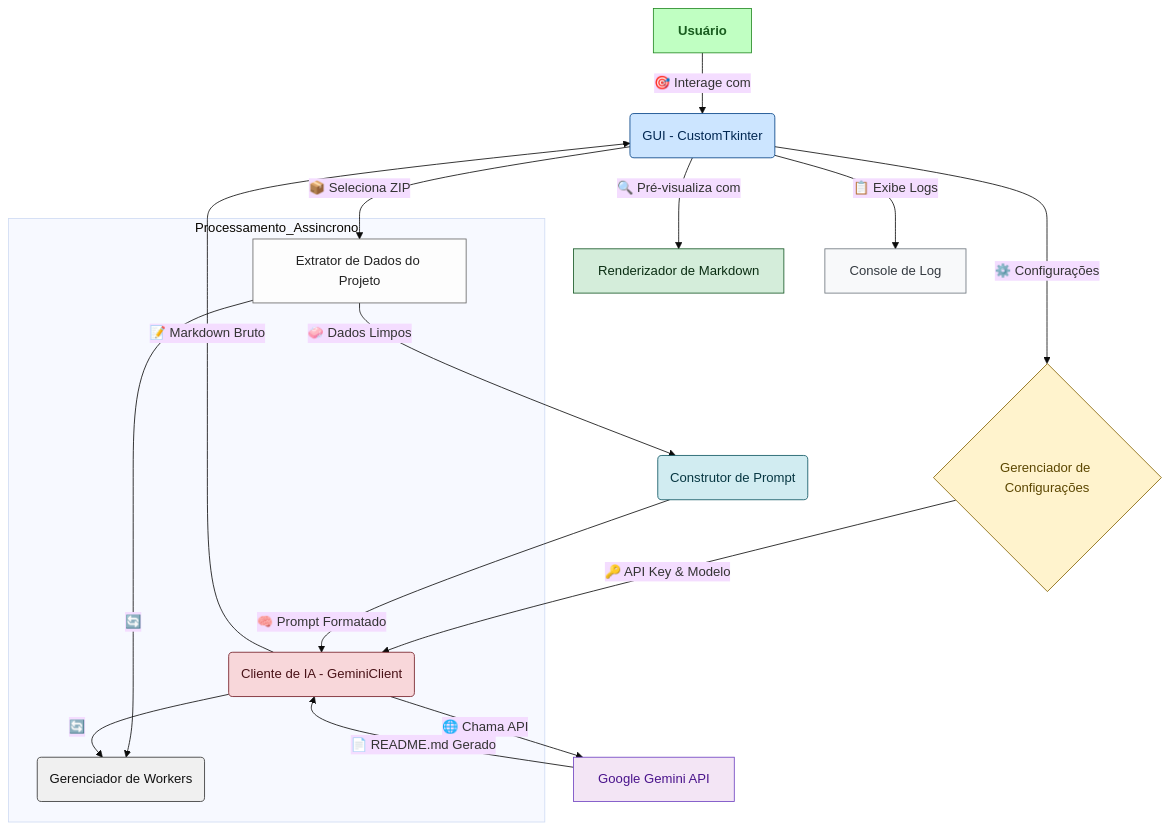
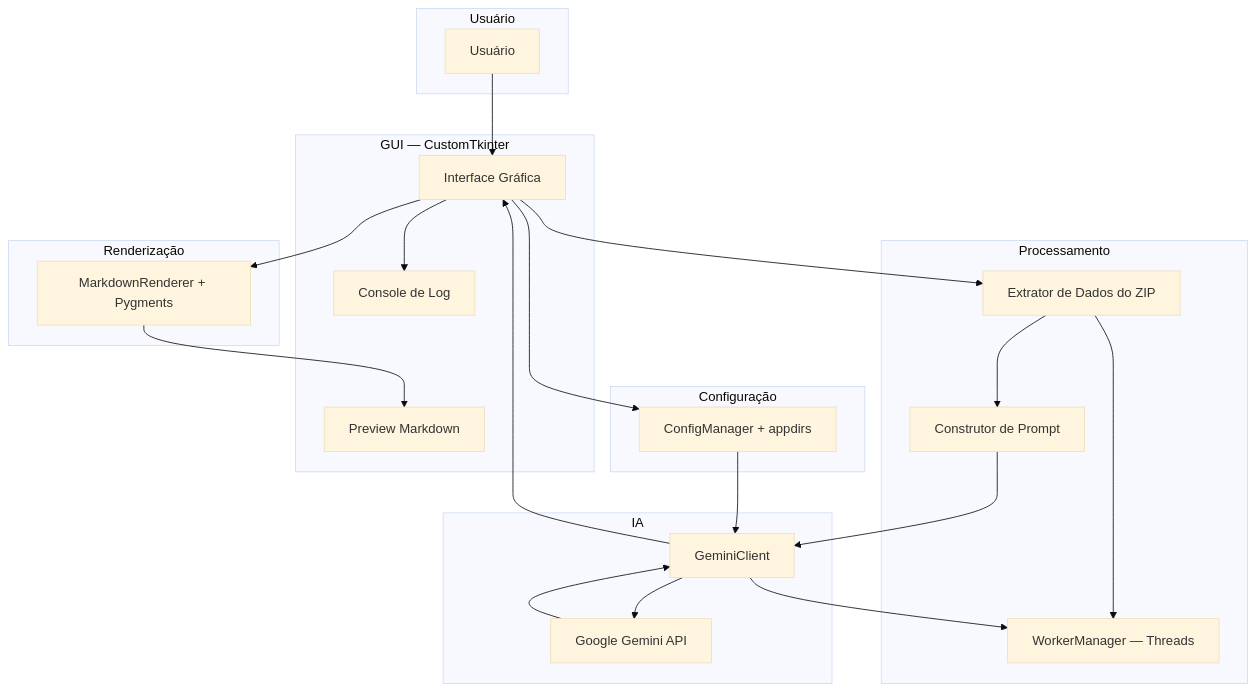
One commit to ESousa97/readme-generate changed the diagram in README.md. Above: the diagram before and after it, drawn with Mermaid (base theme). The commit also changed other lines of this file, not shown here.

````diff
--- a/README.md
+++ b/README.md
@@ -73,31 +131,46 @@
 ```mermaid
 graph TD
-    %% Estilos mais contrastantes e diversificados
-    style A fill:#c0ffc2,stroke:#238823,color:#185c1e,font-weight:bold
-    style B fill:#cce5ff,stroke:#004085,color:#002752
-    style C fill:#fff3cd,stroke:#856404,color:#5c4702
-    style D fill:#fdfdfd,stroke:#666,color:#222
-    style E fill:#d1ecf1,stroke:#0c5460,color:#073742
-    style F fill:#f8d7da,stroke:#721c24,color:#491217
-    style G fill:#f3e5f5,stroke:#6f42c1,color:#4a148c
-    style H fill:#d4edda,stroke:#155724,color:#0b2e13
-    style I fill:#f8f9fa,stroke:#6c757d,color:#343a40
-    style J fill:#f0f0f0,stroke:#333,color:#111
+    subgraph "Usuário"
+        A[Usuário]
+    end
 
-    A[Usuário] -->|🎯 Interage com| B(GUI - CustomTkinter)
-    B -->|⚙️ Configurações| C{Gerenciador de Configurações}
-    B -->|📦 Seleciona ZIP| D[Extrator de Dados do Projeto]
-    D -->|🧼 Dados Limpos| E(Construtor de Prompt)
-    C -->|🔑 API Key & Modelo| F(Cliente de IA - GeminiClient)
-    E -->|🧠 Prompt Formatado| F
-    F -->|🌐 Chama API| G[Google Gemini API]
-    G -->|📄 README.md Gerado| F
-    F -->|📝 Markdown Bruto| B
-    B -->|🔍 Pré-visualiza com| H[Renderizador de Markdown]
-    B -->|📋 Exibe Logs| I[Console de Log]
+    subgraph "GUI — CustomTkinter"
+        B[Interface Gráfica]
+        C[Console de Log]
+        D[Preview Markdown]
+    end
 
-    subgraph Processamento_Assincrono
-        D --🔄--> J(Gerenciador de Workers)
-        F --🔄--> J
+    subgraph "Processamento"
+        E[Extrator de Dados do ZIP]
+        F[Construtor de Prompt]
+        G[WorkerManager — Threads]
     end
+
+    subgraph "Configuração"
+        H[ConfigManager + appdirs]
+    end
+
+    subgraph "IA"
+        I[GeminiClient]
+        J[Google Gemini API]
+    end
+
+    subgraph "Renderização"
+        K[MarkdownRenderer + Pygments]
+    end
+
+    A --> B
+    B --> E
+    B --> H
+    E --> F
+    H --> I
+    F --> I
+    I --> J
+    J --> I
+    I --> B
+    B --> K
+    K --> D
+    B --> C
+    E --> G
+    I --> G
 ```
````
